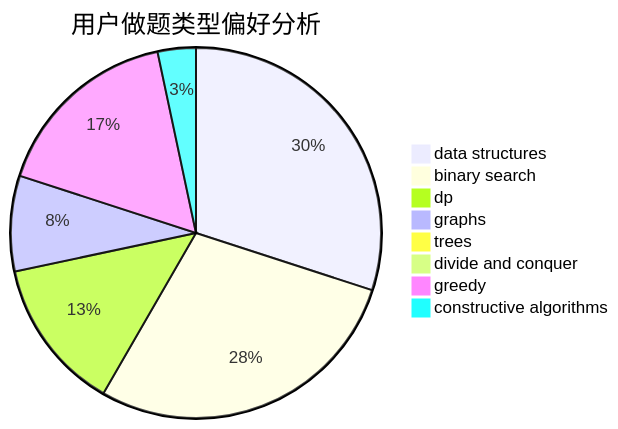
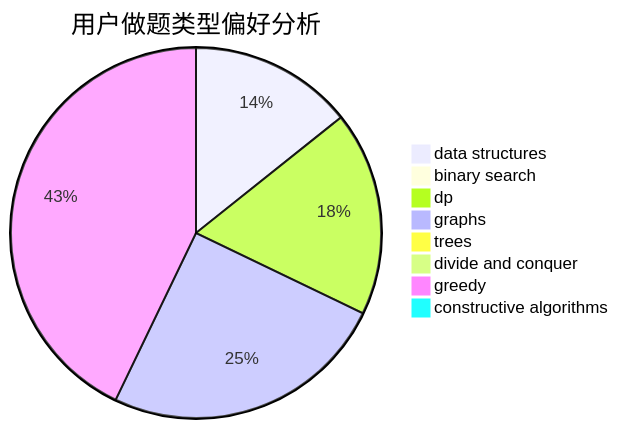
Before and after one commit to sherpahu/cfrs.github.io: the second of 3 diagrams in docs/user/u1195.md, drawn with Mermaid. The commit also changed other lines of this file and 2770 other files, not shown here.

````diff
--- a/docs/user/u1195.md
+++ b/docs/user/u1195.md
@@ -23,11 +23,11 @@
 ```mermaid
 pie title 用户做题类型偏好分析
-    "data structures" :  18
-    "binary search" :  17
-    "dp" :  8
-    "graphs" :  5
+    "data structures" :  4
+    "binary search" :  0
+    "dp" :  5
+    "graphs" :  7
     "trees" :  0
     "divide and conquer" :  0
-    "greedy" :  10
-    "constructive algorithms" :  2
+    "greedy" :  12
+    "constructive algorithms" :  0
 ```
````
